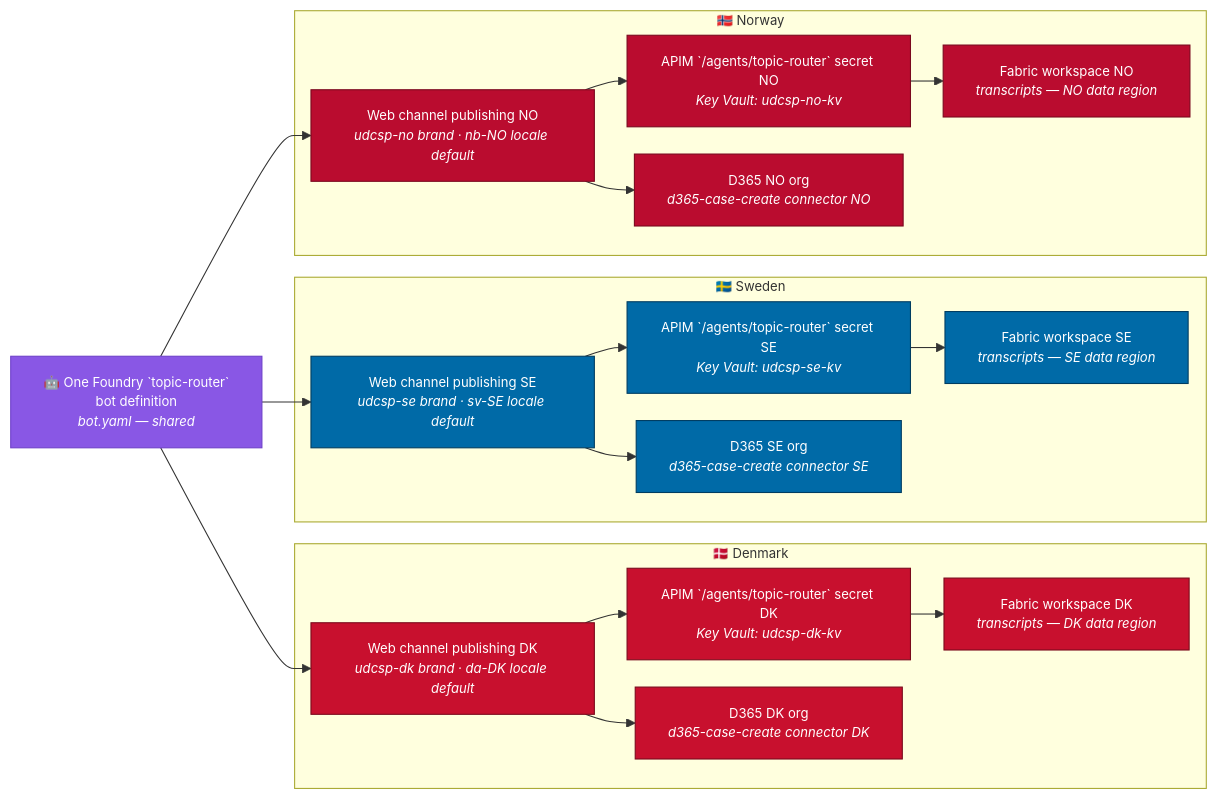
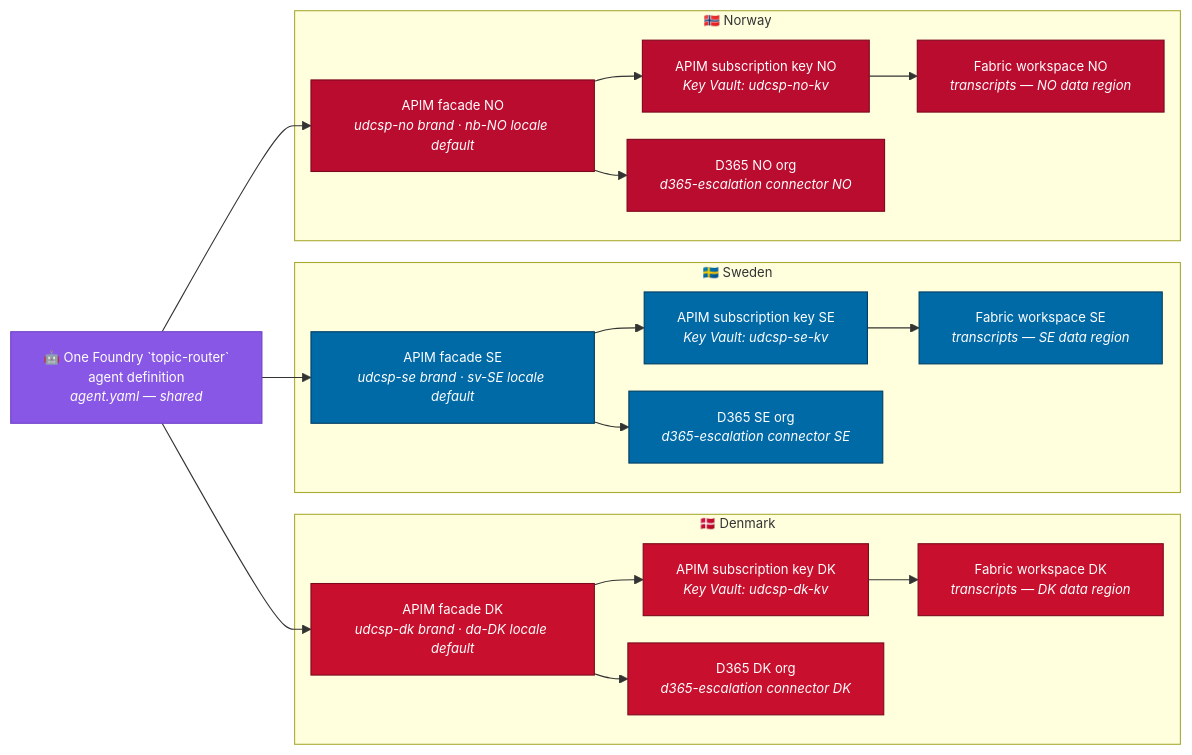
Before and after one commit to fredgis/UDCSP: the third of 4 diagrams in docs/biz/chat.md, drawn with Mermaid. The commit also changed other lines of this file and 12 other files, not shown here.

First line of the commit message:
fix(docs/biz): align with post-audit topic-router structure + add Test-TopicRouter

````diff
--- a/docs/biz/chat.md
+++ b/docs/biz/chat.md
@@ -351,47 +338,47 @@
 ```mermaid
 %%{ init: { 'flowchart': { 'nodeSpacing': 25, 'rankSpacing': 30 }, 'themeVariables': { 'fontSize': '12px' } } }%%
 flowchart LR
-    BOT["🤖 One Foundry `topic-router`<br/>bot definition<br/><i>bot.yaml — shared</i>"]
+    BOT["🤖 One Foundry `topic-router`<br/>agent definition<br/><i>agent.yaml — shared</i>"]
 
     subgraph DK["🇩🇰 Denmark"]
-        PUB_DK["Web channel publishing DK<br/><i>udcsp-dk brand · da-DK locale default</i>"]
-        DL_DK["APIM `/agents/topic-router` secret DK<br/><i>Key Vault: udcsp-dk-kv</i>"]
+        PUB_DK["APIM facade DK<br/><i>udcsp-dk brand · da-DK locale default</i>"]
+        DL_DK["APIM subscription key DK<br/><i>Key Vault: udcsp-dk-kv</i>"]
         FAB_DK["Fabric workspace DK<br/><i>transcripts — DK data region</i>"]
-        D365_DK["D365 DK org<br/><i>d365-case-create connector DK</i>"]
+        D365_DK["D365 DK org<br/><i>d365-escalation connector DK</i>"]
     end
 
     subgraph SE["🇸🇪 Sweden"]
-        PUB_SE["Web channel publishing SE<br/><i>udcsp-se brand · sv-SE locale default</i>"]
-        DL_SE["APIM `/agents/topic-router` secret SE<br/><i>Key Vault: udcsp-se-kv</i>"]
+        PUB_SE["APIM facade SE<br/><i>udcsp-se brand · sv-SE locale default</i>"]
+        DL_SE["APIM subscription key SE<br/><i>Key Vault: udcsp-se-kv</i>"]
         FAB_SE["Fabric workspace SE<br/><i>transcripts — SE data region</i>"]
-        D365_SE["D365 SE org<br/><i>d365-case-create connector SE</i>"]
+        D365_SE["D365 SE org<br/><i>d365-escalation connector SE</i>"]
     end
 
     subgraph NO["🇳🇴 Norway"]
-        PUB_NO["Web channel publishing NO<br/><i>udcsp-no brand · nb-NO locale default</i>"]
-        DL_NO["APIM `/agents/topic-router` secret NO<br/><i>Key Vault: udcsp-no-kv</i>"]
+        PUB_NO["APIM facade NO<br/><i>udcsp-no brand · nb-NO locale default</i>"]
+        DL_NO["APIM subscription key NO<br/><i>Key Vault: udcsp-no-kv</i>"]
         FAB_NO["Fabric workspace NO<br/><i>transcripts — NO data region</i>"]
-        D365_NO["D365 NO org<br/><i>d365-case-create connector NO</i>"]
+        D365_NO["D365 NO org<br/><i>d365-escalation connector NO</i>"]
     end
 
     BOT --> PUB_DK & PUB_SE & PUB_NO
     PUB_DK --> DL_DK
     PUB_DK --> D365_DK
     DL_DK --> FAB_DK
     PUB_SE --> DL_SE
     PUB_SE --> D365_SE
     DL_SE --> FAB_SE
     PUB_NO --> DL_NO
     PUB_NO --> D365_NO
     DL_NO --> FAB_NO
 
     classDef dk fill:#C8102E,stroke:#7a0a1c,color:#fff
     classDef se fill:#006AA7,stroke:#003d61,color:#fff
     classDef no fill:#BA0C2F,stroke:#7a081e,color:#fff
     classDef shared fill:#8957e5,stroke:#6e40c9,color:#fff
 
     class PUB_DK,DL_DK,FAB_DK,D365_DK dk
     class PUB_SE,DL_SE,FAB_SE,D365_SE se
     class PUB_NO,DL_NO,FAB_NO,D365_NO no
     class BOT shared
 ```
````
